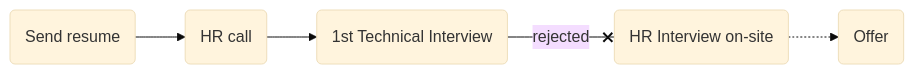
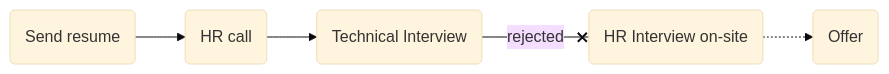
Before and after one commit to mo1ein/jobname: the diagram in golrang-ozon.md, drawn with Mermaid (base theme).

````diff
--- a/golrang-ozon.md
+++ b/golrang-ozon.md
@@ -5,5 +5,5 @@
 ```mermaid
 flowchart LR
     sr(Send resume) --> hr(HR call)
-    hr(HR call) --> ti1(1st Technical Interview) --rejected--x hri(HR Interview on-site) -.-> o(Offer)
+    hr(HR call) --> ti1(Technical Interview) --rejected--x hri(HR Interview on-site) -.-> o(Offer)
 ```
````
